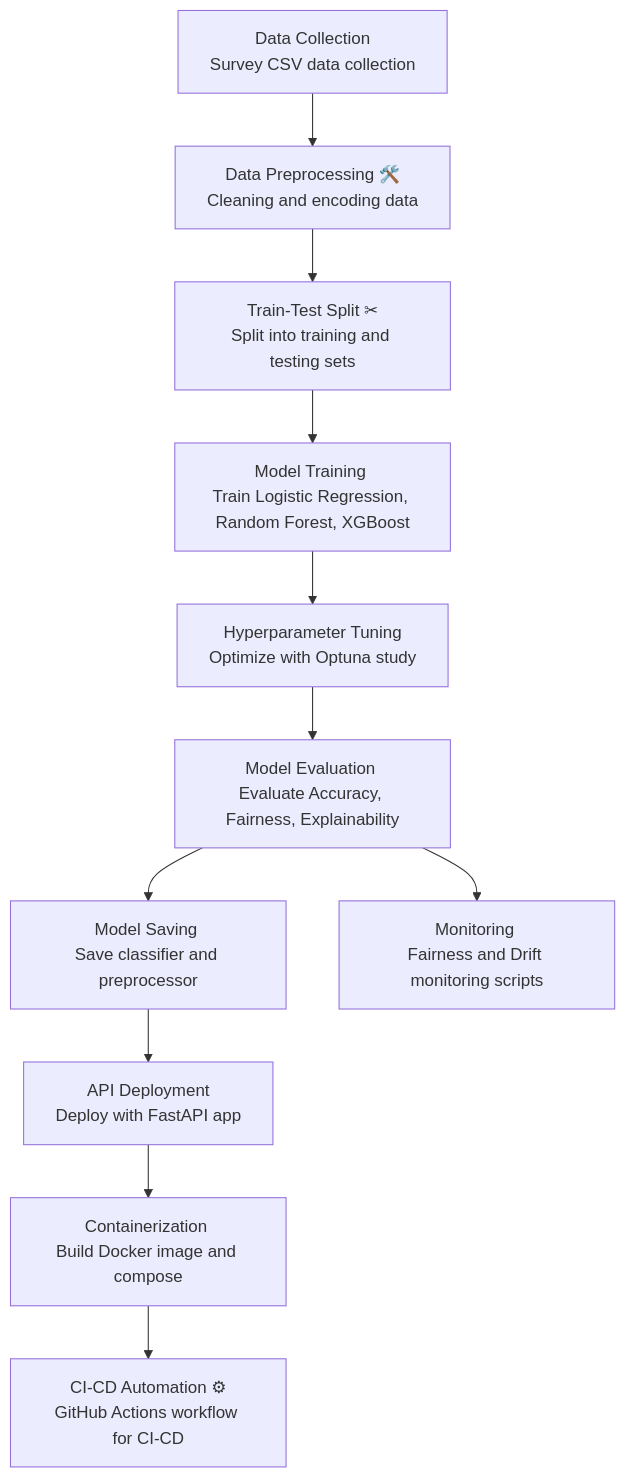
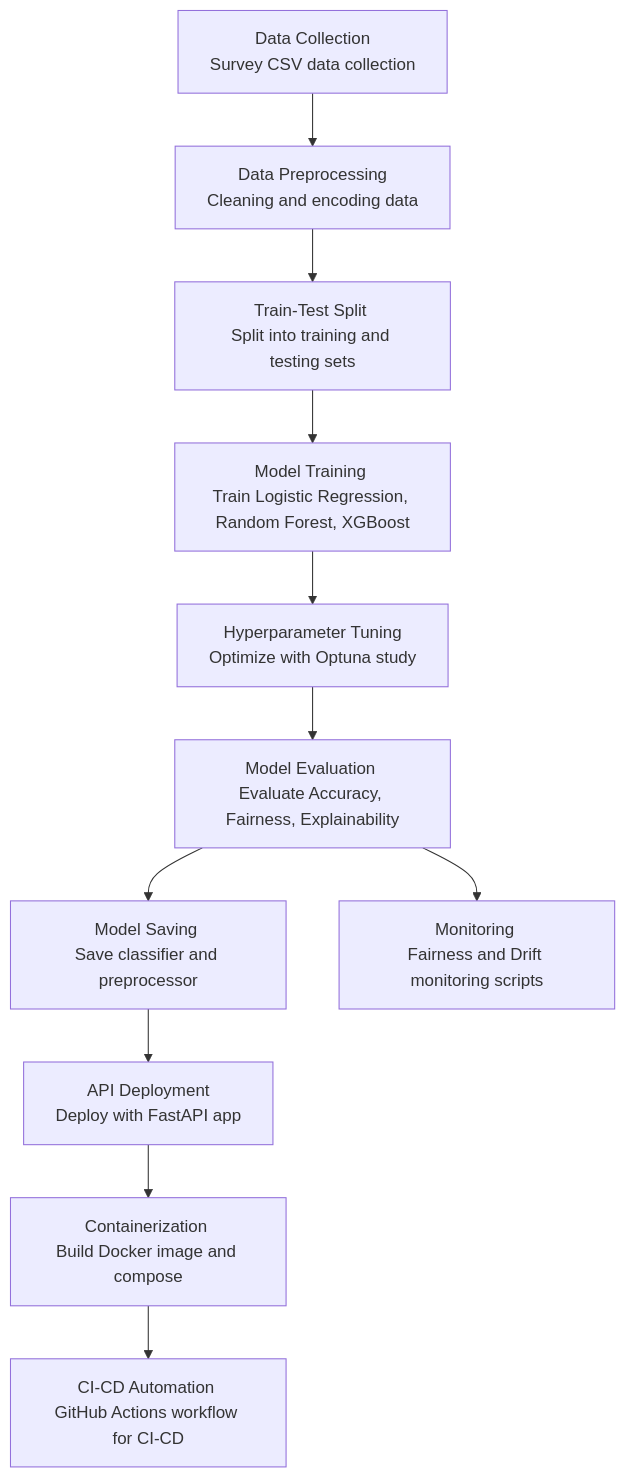
Before and after one commit to McGill-MMA-EnterpriseAnalytics/Mental-Health: the second of 2 diagrams in README.md, drawn with Mermaid.

````diff
--- a/README.md
+++ b/README.md
@@ -84,13 +84,13 @@
 ```mermaid
 flowchart TD
-    A[Data Collection \nSurvey CSV data collection] --> B[Data Preprocessing 🛠️\nCleaning and encoding data]
-    B --> C[Train-Test Split ✂\nSplit into training and testing sets]
+    A[Data Collection \nSurvey CSV data collection] --> B[Data Preprocessing \nCleaning and encoding data]
+    B --> C[Train-Test Split \nSplit into training and testing sets]
     C --> D[Model Training \nTrain Logistic Regression, Random Forest, XGBoost]
     D --> E[Hyperparameter Tuning \nOptimize with Optuna study]
     E --> F[Model Evaluation \nEvaluate Accuracy, Fairness, Explainability]
     F --> G[Model Saving \nSave classifier and preprocessor]
     G --> H[API Deployment \nDeploy with FastAPI app]
     H --> I[Containerization \nBuild Docker image and compose]
-    I --> J[CI-CD Automation ⚙\nGitHub Actions workflow for CI-CD]
+    I --> J[CI-CD Automation \nGitHub Actions workflow for CI-CD]
     F --> K[Monitoring \nFairness and Drift monitoring scripts]
 ```
````
